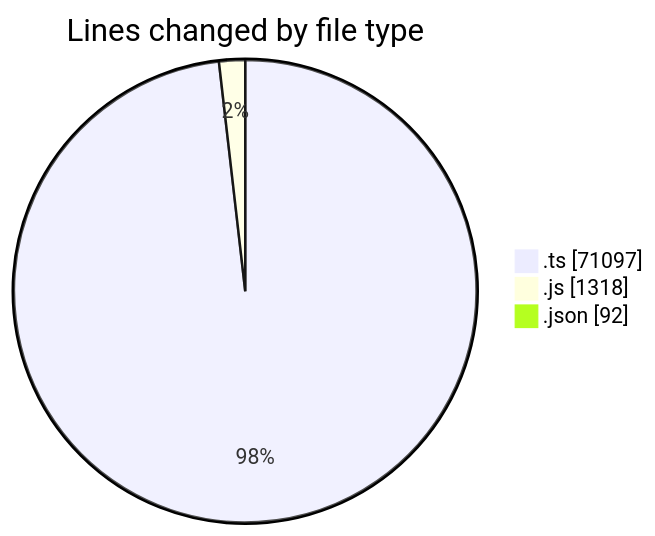
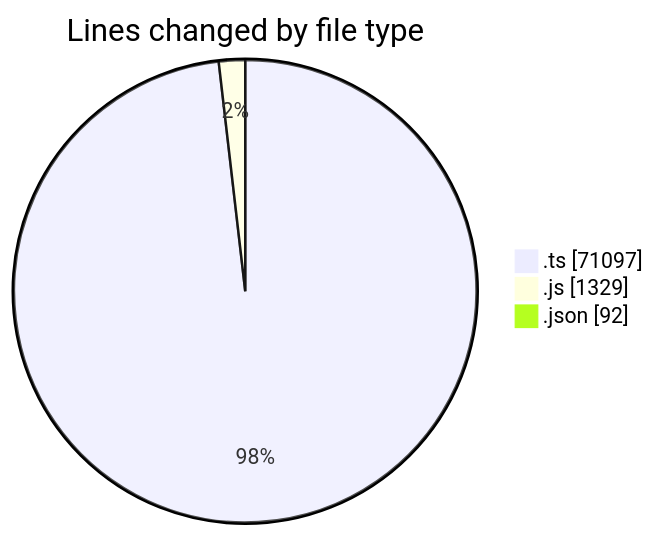
One commit to momahboobian/code-tracking changed the first of 2 diagrams in 2025-09-29/cda/README.md. Above: the diagram before and after it, drawn with Mermaid. The commit also changed other lines of this file and 1 other file, not shown here.

````diff
--- a/2025-09-29/cda/README.md
+++ b/2025-09-29/cda/README.md
@@ -34,7 +35,7 @@
 ```mermaid
 pie showData
 title Lines changed by file type
 ".ts" : 71097
-".js" : 1318
+".js" : 1329
 ".json" : 92
 ```
````
